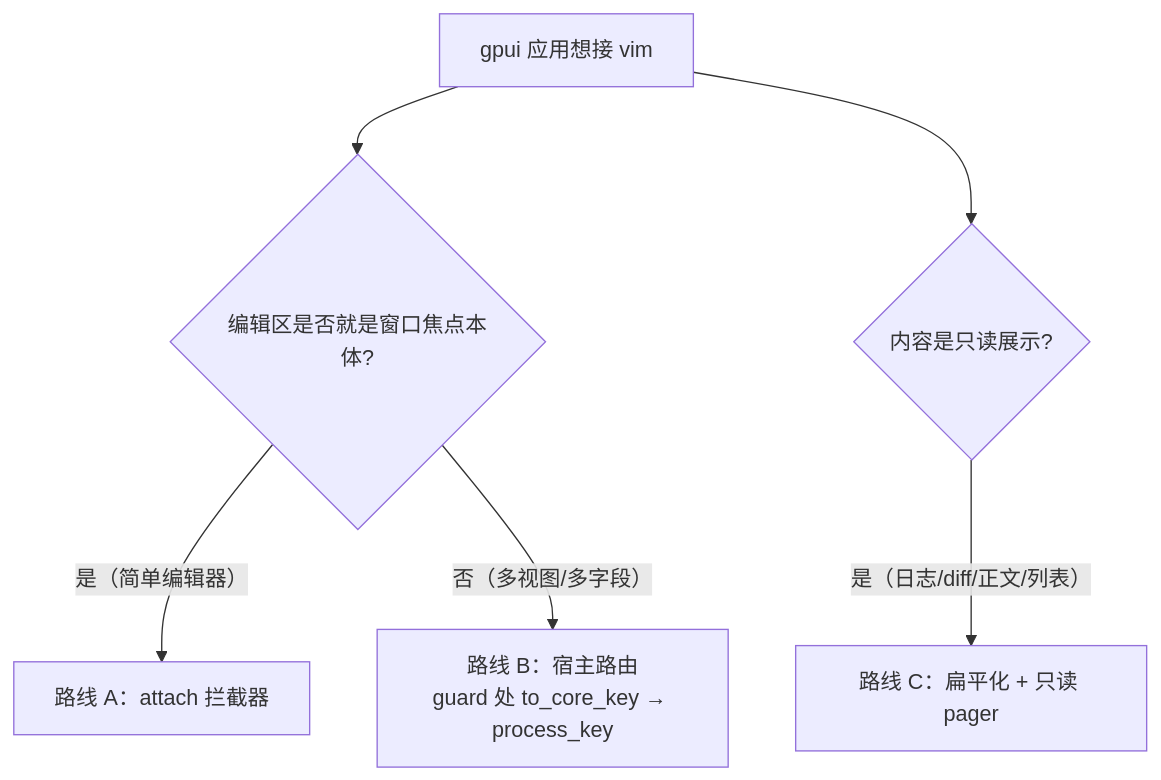
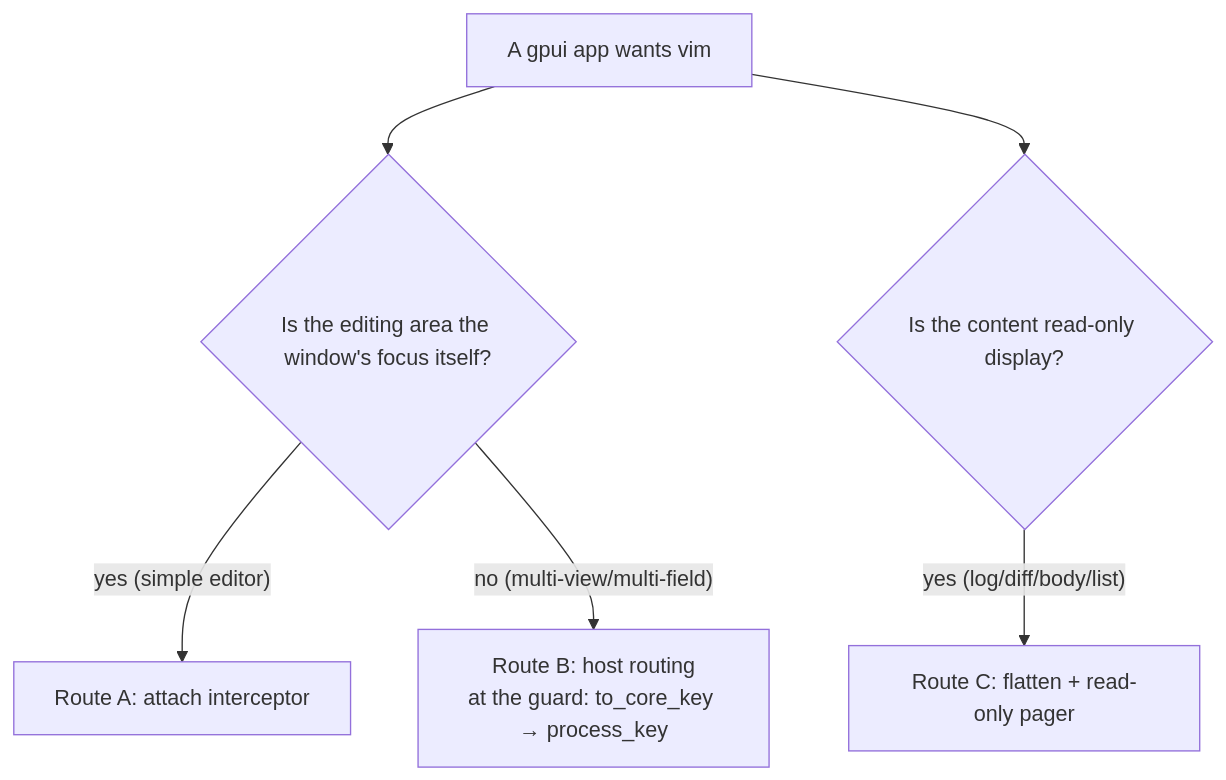
The diagram in DESIGN.md (beyondlex/gpui_vim), drawn with Mermaid before and after one commit. The commit also changed other lines of this file and 13 other files, not shown here.

````diff
--- a/DESIGN.md
+++ b/DESIGN.md
@@ -91,8 +95,8 @@
 ```mermaid
 flowchart TD
-    S["gpui 应用想接 vim"] --> Q1{"编辑区是否就是窗口焦点本体?"}
-    Q1 -->|"是（简单编辑器）"| A["路线 A：attach 拦截器"]
-    Q1 -->|"否（多视图/多字段）"| B["路线 B：宿主路由<br/>guard 处 to_core_key → process_key"]
-    S --> Q3{"内容是只读展示?"}
-    Q3 -->|"是（日志/diff/正文/列表）"| C["路线 C：扁平化 + 只读 pager"]
+    S["A gpui app wants vim"] --> Q1{"Is the editing area the window's focus itself?"}
+    Q1 -->|"yes (simple editor)"| A["Route A: attach interceptor"]
+    Q1 -->|"no (multi-view/multi-field)"| B["Route B: host routing<br/>at the guard: to_core_key → process_key"]
+    S --> Q3{"Is the content read-only display?"}
+    Q3 -->|"yes (log/diff/body/list)"| C["Route C: flatten + read-only pager"]
 ```
````
